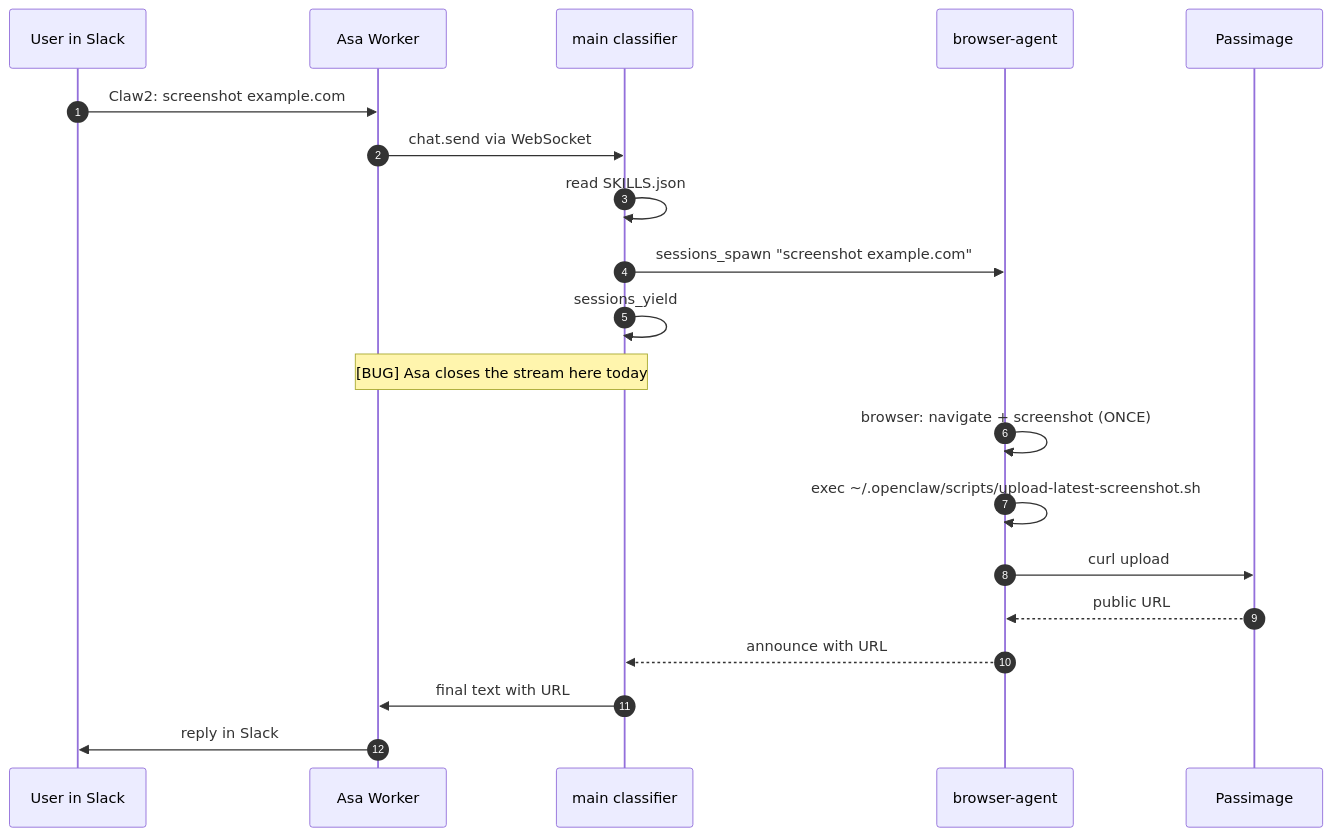
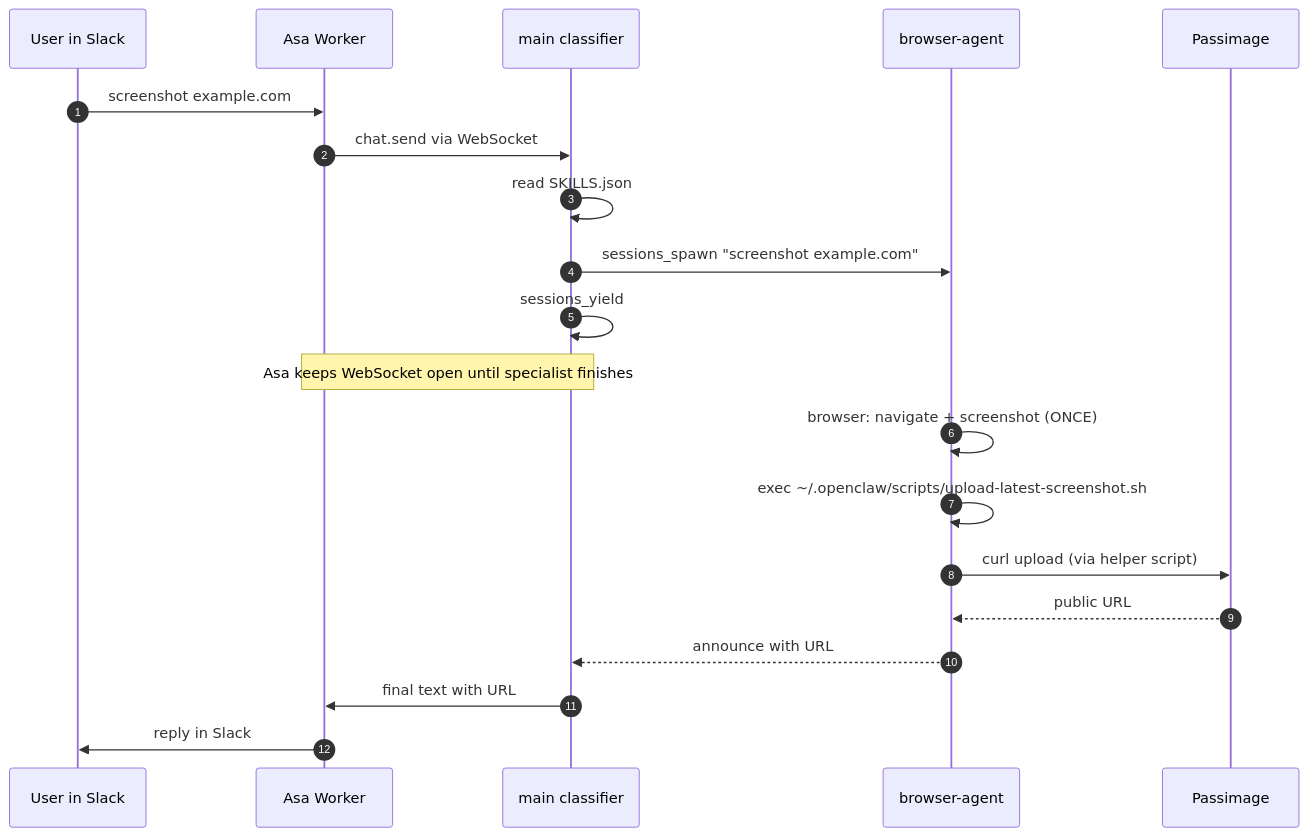
The second of 2 diagrams in DESIGN.md (linkgrid/openclaw-skill.crawlnode.com), drawn with Mermaid before and after one commit. The commit also changed other lines of this file and 1 other file, not shown here.

First line of the commit message:
docs: remove deployment status and bug logs from README and DESIGN

````diff
--- a/DESIGN.md
+++ b/DESIGN.md
@@ -78,23 +74,23 @@
 ```mermaid
 sequenceDiagram
     autonumber
     participant U as User in Slack
     participant A as Asa Worker
     participant C as main classifier
     participant B as browser-agent
     participant P as Passimage
 
-    U->>A: Claw2: screenshot example.com
+    U->>A: screenshot example.com
     A->>C: chat.send via WebSocket
     C->>C: read SKILLS.json
     C->>B: sessions_spawn "screenshot example.com"
     C->>C: sessions_yield
-    Note over A,C: [BUG] Asa closes the stream here today
+    Note over A,C: Asa keeps WebSocket open until specialist finishes
     B->>B: browser: navigate + screenshot (ONCE)
     B->>B: exec ~/.openclaw/scripts/upload-latest-screenshot.sh
-    B->>P: curl upload
+    B->>P: curl upload (via helper script)
     P-->>B: public URL
     B-->>C: announce with URL
     C->>A: final text with URL
     A->>U: reply in Slack
 ```
````
